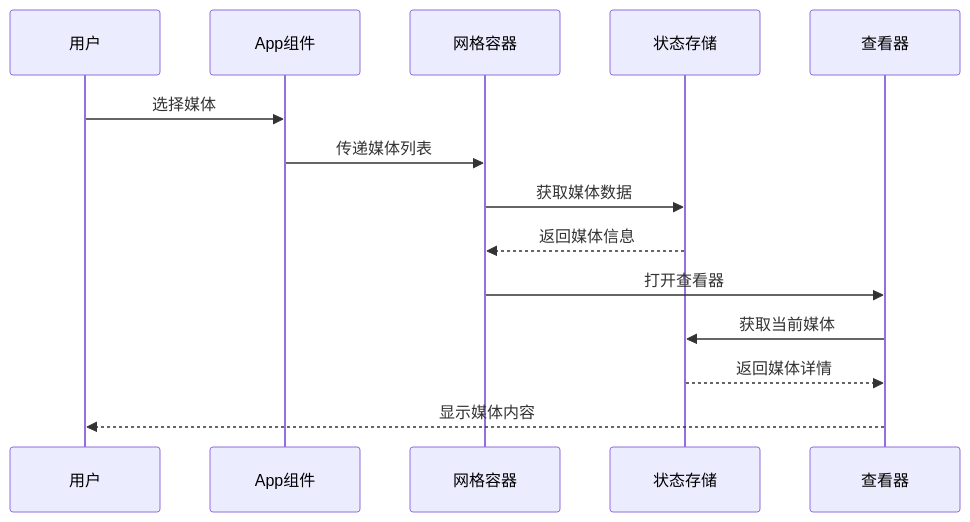
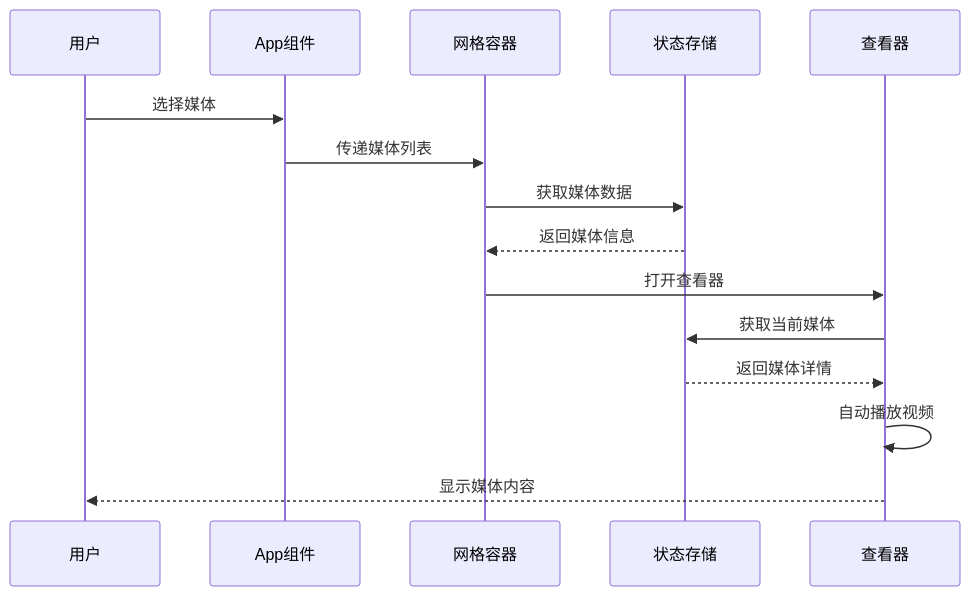
Before and after one commit to YLee9527/Medex: the ninth of 9 diagrams in doc/repowiki/zh/content/UI 组件/核心组件/MediaViewer 媒体查看器组件.md, drawn with Mermaid. The commit also changed other lines of this file and 31 other files, not shown here.

First line of the commit message:
docs(doc): 添加部署脚本、锁屏功能、发布指南及设置按钮图标文档

````diff
--- a/doc/repowiki/zh/content/UI 组件/核心组件/MediaViewer 媒体查看器组件.md
+++ b/doc/repowiki/zh/content/UI 组件/核心组件/MediaViewer 媒体查看器组件.md
@@ -330,16 +402,17 @@
 ```mermaid
 sequenceDiagram
 participant User as 用户
 participant App as App组件
 participant GridContainer as 网格容器
 participant Store as 状态存储
 participant Viewer as 查看器
 User->>App : 选择媒体
 App->>GridContainer : 传递媒体列表
 GridContainer->>Store : 获取媒体数据
 Store-->>GridContainer : 返回媒体信息
 GridContainer->>Viewer : 打开查看器
 Viewer->>Store : 获取当前媒体
 Store-->>Viewer : 返回媒体详情
+Viewer->>Viewer : 自动播放视频
 Viewer-->>User : 显示媒体内容
 ```
````
